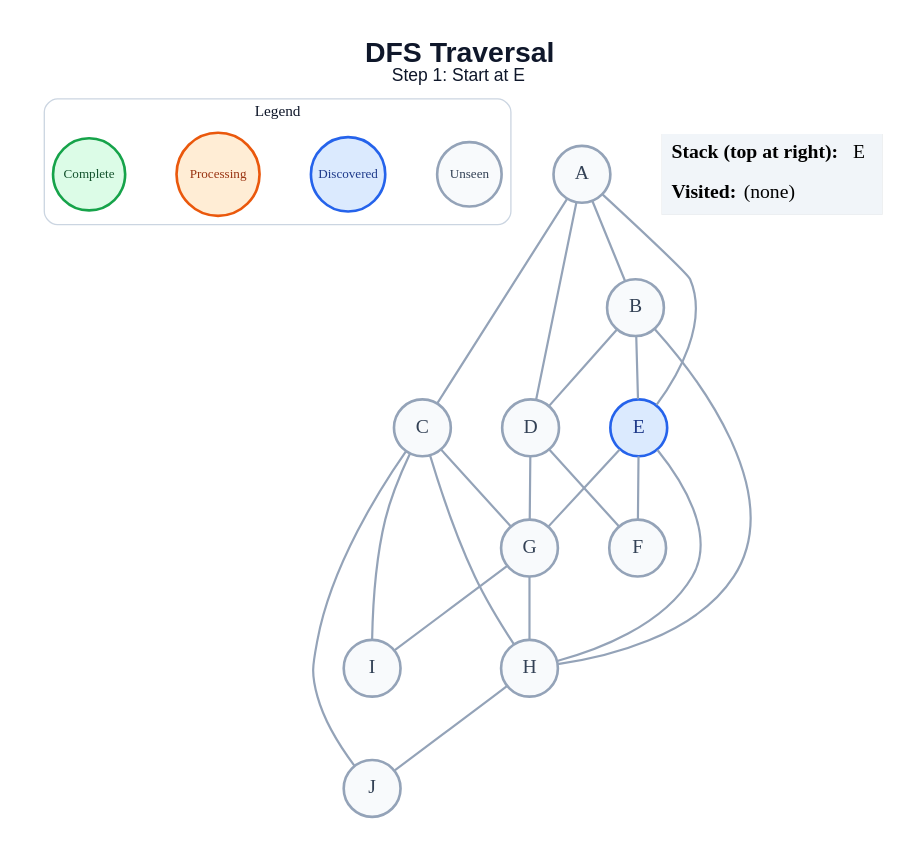
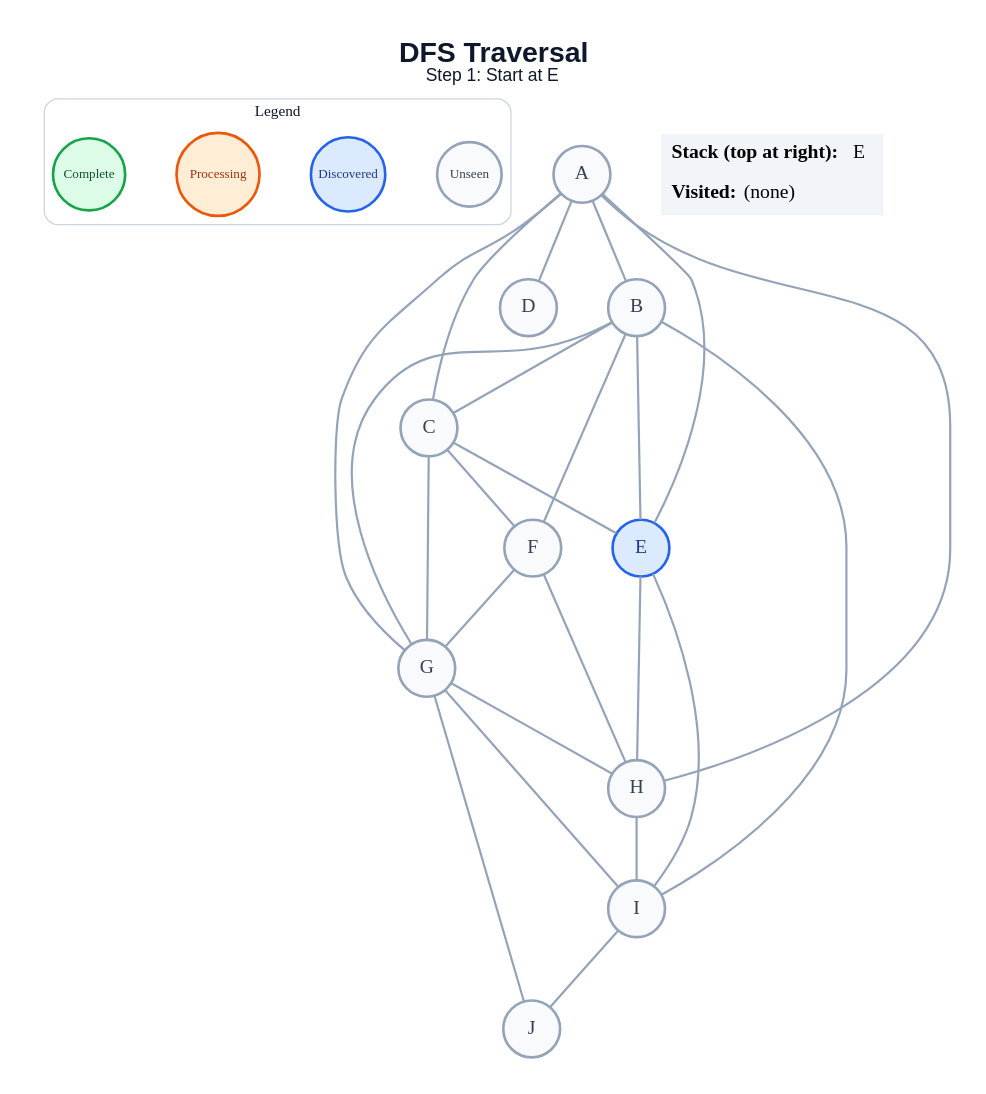
One commit to amanghodawala9/ai-slop changed the diagram in generated/specific-node/dfs/step_01.dot. Above: the diagram before and after it, drawn with Graphviz. The commit also changed 178 other files, not shown here.

```diff
--- a/generated/specific-node/dfs/step_01.dot
+++ b/generated/specific-node/dfs/step_01.dot
@@ -1,48 +1,52 @@
 graph traversal {
   graph [layout=dot, rankdir=TB, bgcolor="#FFFFFF", pad="0.35", nodesep="0.65", ranksep="0.8", fontname="Arial"];
   node [shape=circle, style="filled", fontname="Arial Bold", fontsize=18, width=0.72, fixedsize=true, penwidth=2.4];
   edge [color="#94A3B8", penwidth=2.0];
   label=<<B>DFS Traversal</B><BR/><FONT POINT-SIZE="16">Step 1: Start at E</FONT>>; labelloc="t"; fontsize=26; fontname="Arial"; fontcolor="#0F172A";
   subgraph cluster_legend { label="Legend"; color="#CBD5E1"; penwidth=1.2; style="rounded"; fontsize=14; fontname="Arial Bold";
     key_unseen [label="Unseen", fillcolor="#F8FAFC", color="#94A3B8", fontcolor="#334155", fontsize=12, width=0.82];
     key_frontier [label="Discovered", fillcolor="#DBEAFE", color="#2563EB", fontcolor="#1E3A8A", fontsize=12, width=0.95];
     key_current [label="Processing", fillcolor="#FFEDD5", color="#EA580C", fontcolor="#9A3412", fontsize=12, width=1.05];
     key_done [label="Complete", fillcolor="#DCFCE7", color="#16A34A", fontcolor="#14532D", fontsize=12, width=0.92];
     { rank=same; key_unseen; key_frontier; key_current; key_done; }
   }
   A [fillcolor="#F8FAFC", color="#94A3B8", fontcolor="#334155"];
   B [fillcolor="#F8FAFC", color="#94A3B8", fontcolor="#334155"];
   C [fillcolor="#F8FAFC", color="#94A3B8", fontcolor="#334155"];
   D [fillcolor="#F8FAFC", color="#94A3B8", fontcolor="#334155"];
   E [fillcolor="#DBEAFE", color="#2563EB", fontcolor="#1E3A8A"];
   F [fillcolor="#F8FAFC", color="#94A3B8", fontcolor="#334155"];
   G [fillcolor="#F8FAFC", color="#94A3B8", fontcolor="#334155"];
   H [fillcolor="#F8FAFC", color="#94A3B8", fontcolor="#334155"];
   I [fillcolor="#F8FAFC", color="#94A3B8", fontcolor="#334155"];
   J [fillcolor="#F8FAFC", color="#94A3B8", fontcolor="#334155"];
   A -- B;
   A -- C;
   A -- D;
   A -- E;
-  B -- D;
+  A -- G;
+  A -- H;
+  B -- C;
   B -- E;
-  B -- H;
+  B -- F;
+  B -- G;
+  B -- I;
+  C -- E;
+  C -- F;
   C -- G;
-  C -- H;
-  C -- I;
-  C -- J;
-  D -- F;
-  D -- G;
-  E -- F;
-  E -- G;
   E -- H;
+  E -- I;
+  F -- G;
+  F -- H;
   G -- H;
   G -- I;
-  H -- J;
+  G -- J;
+  H -- I;
+  I -- J;
   status [shape=plain, fixedsize=false, width=0, height=0, margin=0, label=<
     <TABLE BORDER="0" CELLBORDER="0" CELLPADDING="7" BGCOLOR="#F1F5F9">
       <TR><TD ALIGN="LEFT"><B>Stack (top at right):</B> E</TD></TR>
       <TR><TD ALIGN="LEFT"><B>Visited:</B> (none)</TD></TR>
     </TABLE>
   >];
 }
```
